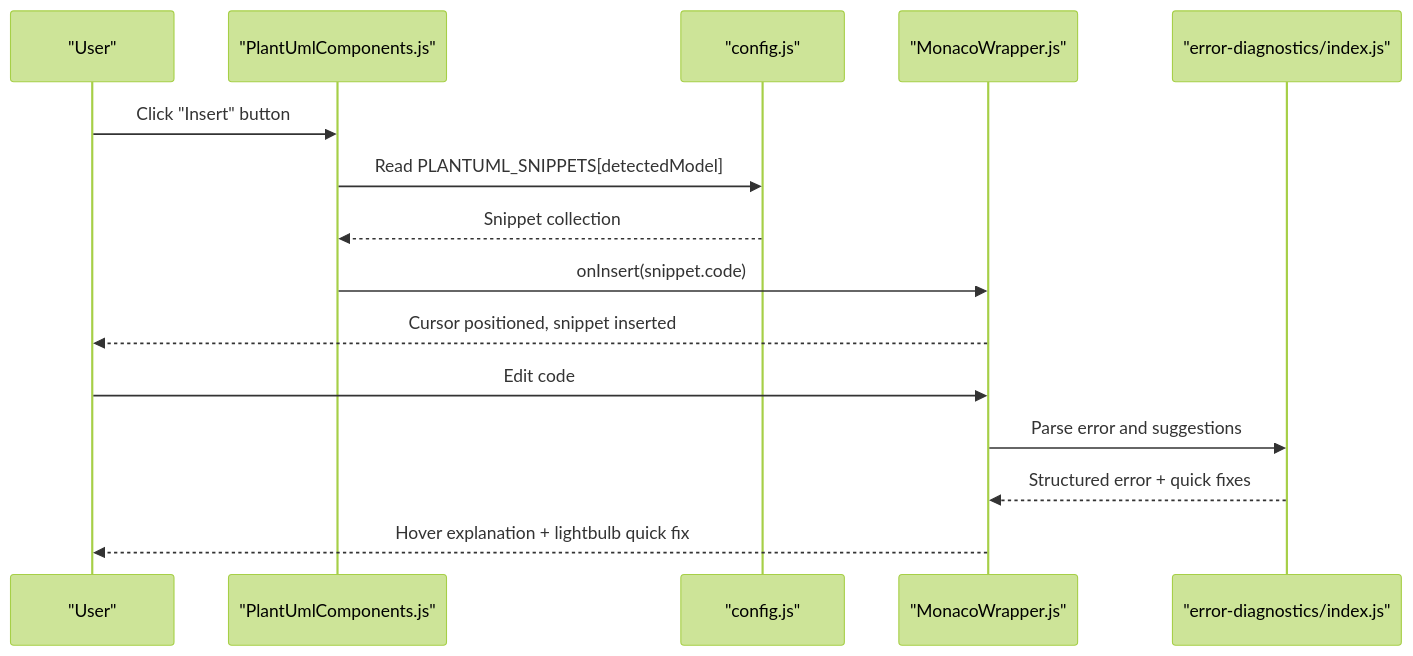
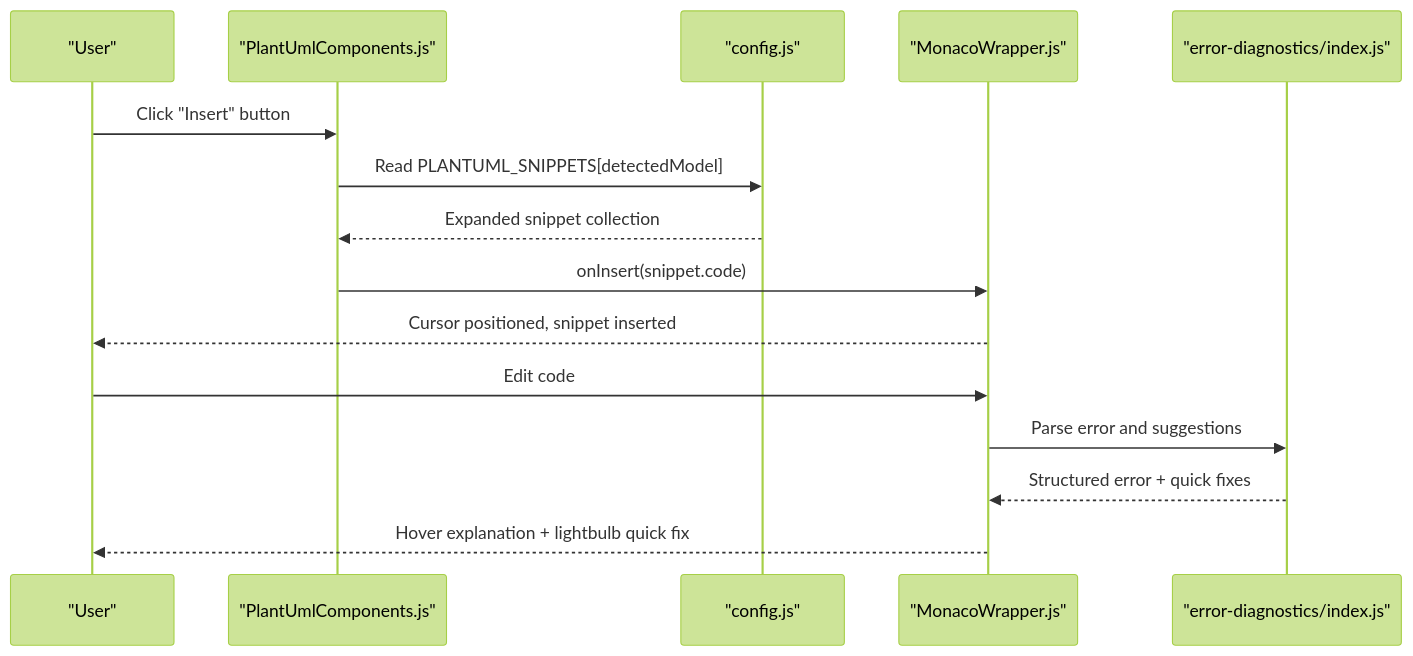
The second of 8 diagrams in .qoder/repowiki/en/content/Template System and Snippets.md (ongchonghian/universal-diagram-editor), drawn with Mermaid (forest theme) before and after one commit. The commit also changed other lines of this file and 66 other files, not shown here.

First line of the commit message:
refactor: modernize codebase with Vite build system and modular React architecture

````diff
--- a/.qoder/repowiki/en/content/Template System and Snippets.md
+++ b/.qoder/repowiki/en/content/Template System and Snippets.md
@@ -134,17 +154,17 @@
 ```mermaid
 sequenceDiagram
 participant User as "User"
 participant PUC as "PlantUmlComponents.js"
 participant CFG as "config.js"
 participant MW as "MonacoWrapper.js"
 participant EDI as "error-diagnostics/index.js"
 User->>PUC : Click "Insert" button
 PUC->>CFG : Read PLANTUML_SNIPPETS[detectedModel]
-CFG-->>PUC : Snippet collection
+CFG-->>PUC : Expanded snippet collection
 PUC->>MW : onInsert(snippet.code)
 MW-->>User : Cursor positioned, snippet inserted
 User->>MW : Edit code
 MW->>EDI : Parse error and suggestions
 EDI-->>MW : Structured error + quick fixes
 MW-->>User : Hover explanation + lightbulb quick fix
 ```
````
